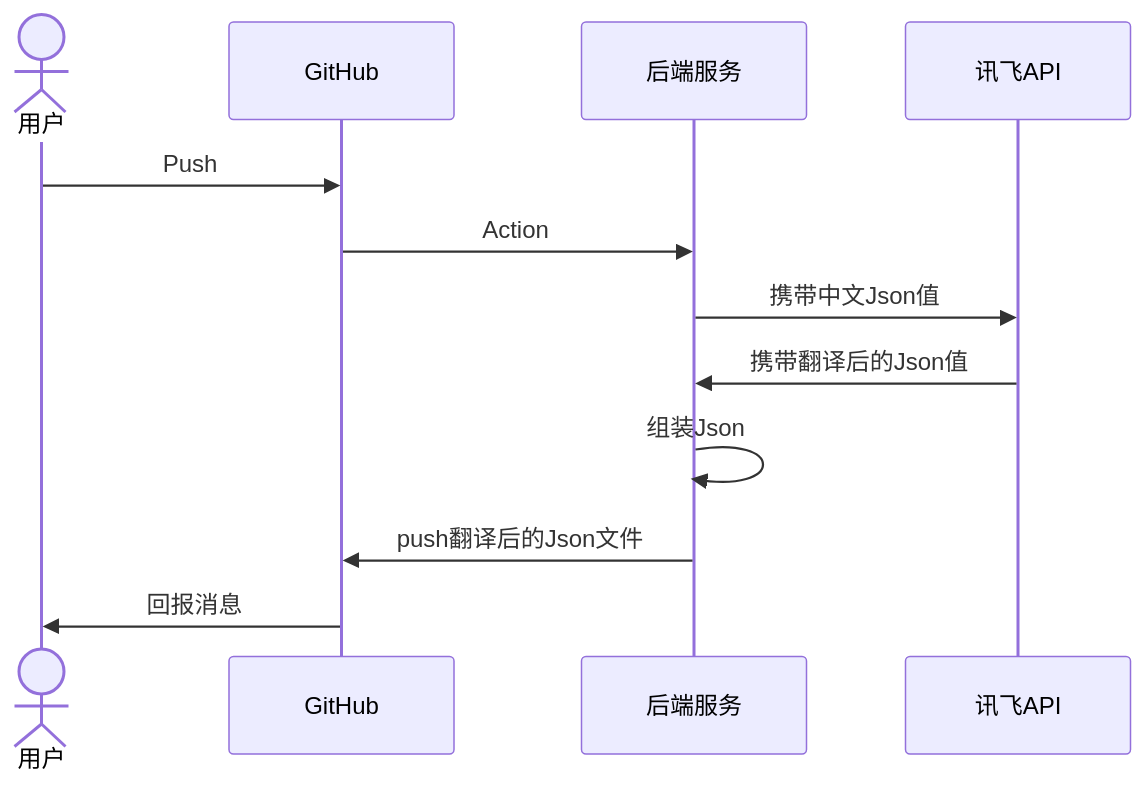
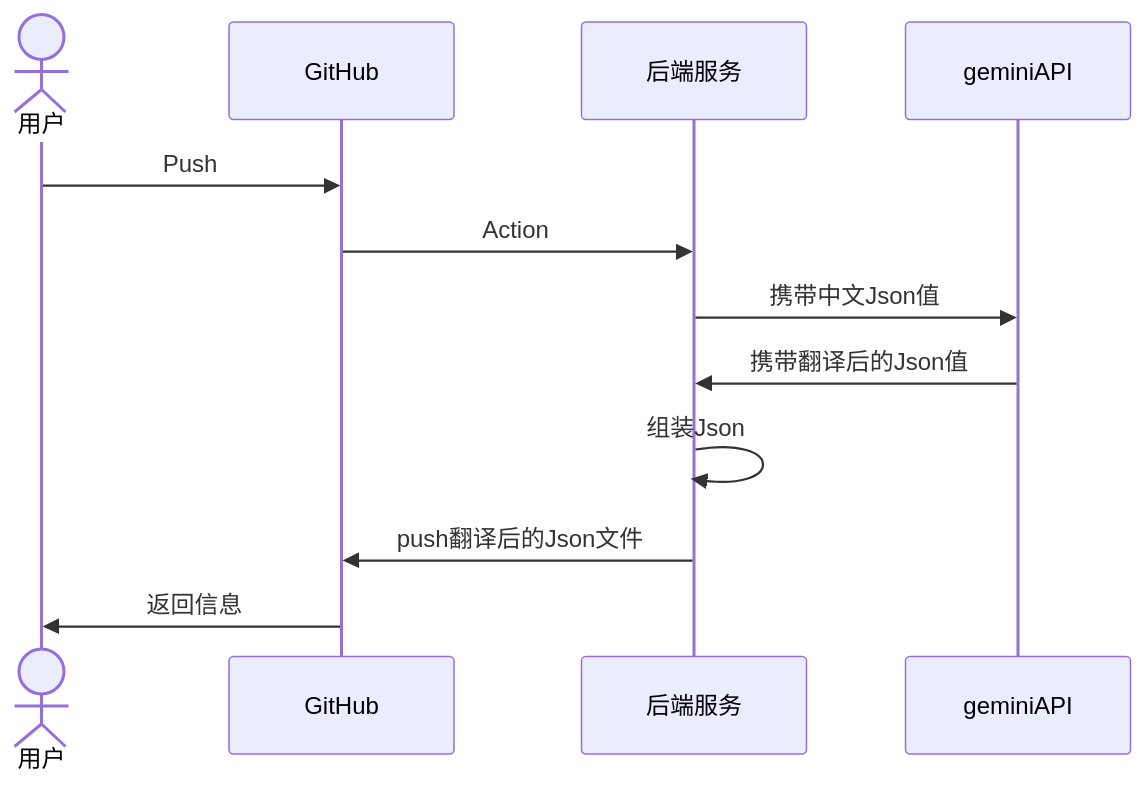
The second of 2 diagrams in Readme.md (ChiYmiya/AotoLanguage), drawn with Mermaid before and after one commit. The commit also changed other lines of this file and 1 other file, not shown here.

````diff
--- a/Readme.md
+++ b/Readme.md
@@ -7,11 +29,11 @@
 ```mermaid
 sequenceDiagram
     actor 用户
     用户->>GitHub: Push
     GitHub->>后端服务:Action
-    后端服务->>讯飞API:携带中文Json值
-    讯飞API->>后端服务:携带翻译后的Json值
+    后端服务->>geminiAPI:携带中文Json值
+    geminiAPI->>后端服务:携带翻译后的Json值
     后端服务->>后端服务:组装Json
     后端服务->>GitHub:push翻译后的Json文件
-    GitHub->>用户:回报消息
+    GitHub->>用户:返回信息
 ```
````
